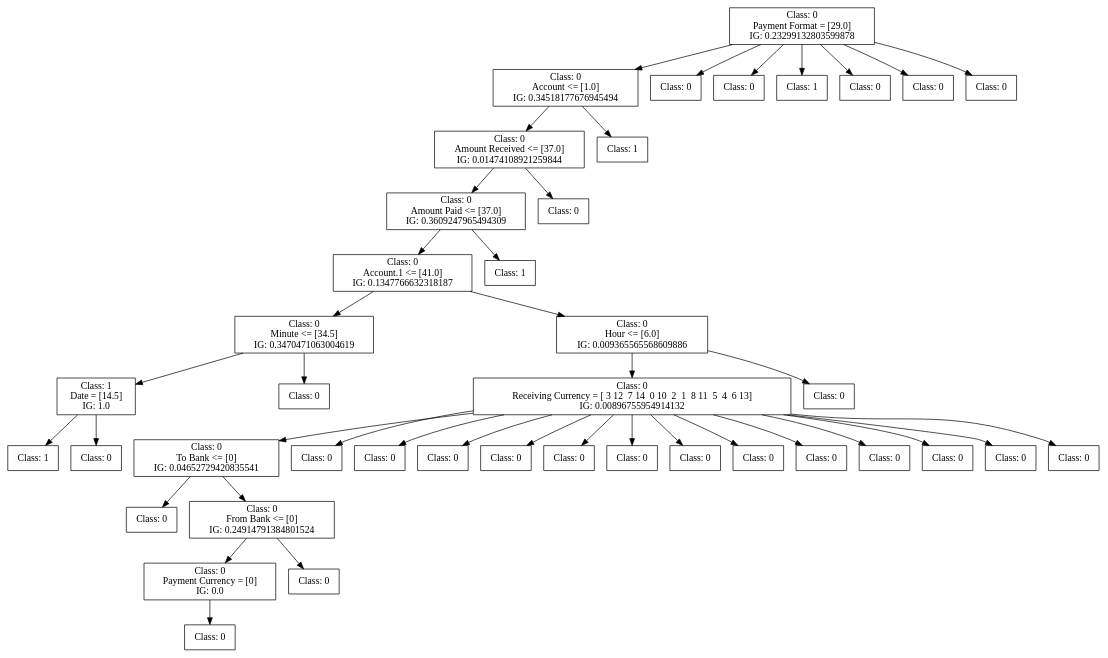
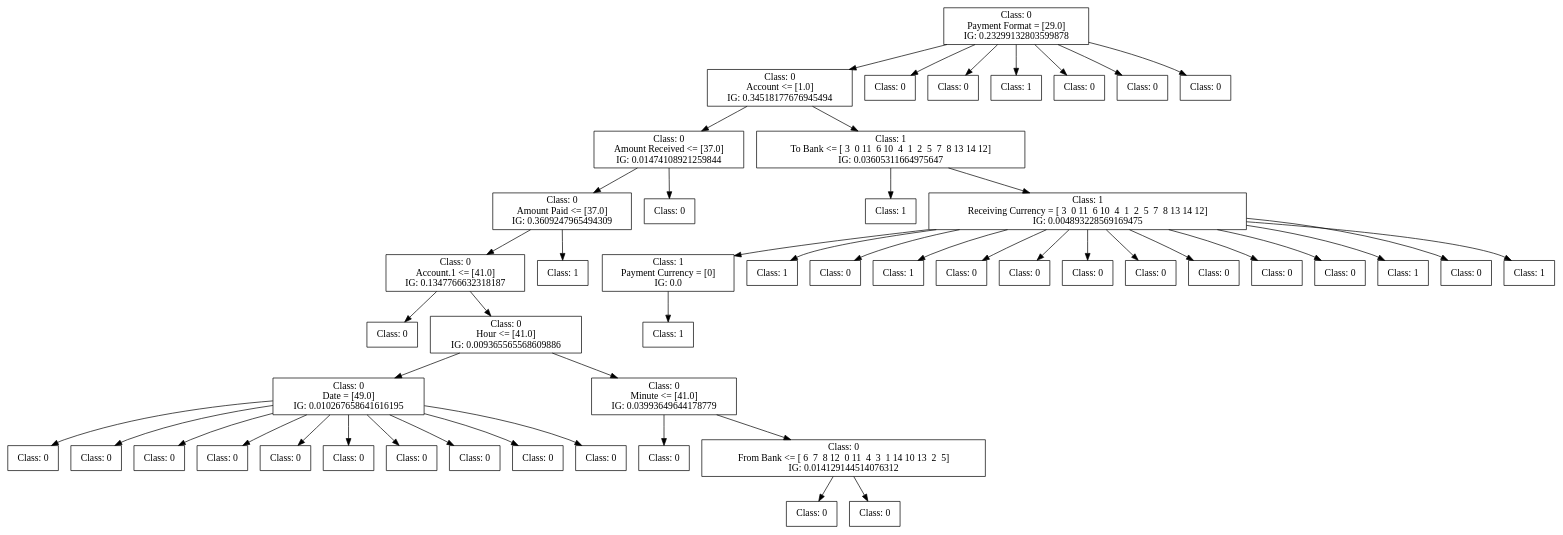
Before and after one commit to FedericoBruzzone/anti-money-laundering: the diagram in dot_figs/tree-c45-undersampling.dot, drawn with Graphviz. The commit also changed 22 other files, not shown here.

```diff
--- a/dot_figs/tree-c45-undersampling.dot
+++ b/dot_figs/tree-c45-undersampling.dot
@@ -1,138 +1,162 @@
 digraph DecisionTree {
 	rankdir=TD;
 	node [shape=box];
-	2604055688624 [label="Class: 0
+	2486631777232 [label="Class: 0
 Payment Format = [29.0]
 IG: 0.23299132803599878"];
-	2604055723552 [label="Class: 0
+	2486631790816 [label="Class: 0
 Account <= [1.0]
 IG: 0.34518177676945494"];
-	2604055688624 -> 2604055723552;
-	2604055723840 [label="Class: 0
+	2486631777232 -> 2486631790816;
+	2486631779632 [label="Class: 0
 Amount Received <= [37.0]
 IG: 0.01474108921259844"];
-	2604055723552 -> 2604055723840;
-	2604055719952 [label="Class: 0
+	2486631790816 -> 2486631779632;
+	2486631785872 [label="Class: 0
 Amount Paid <= [37.0]
 IG: 0.3609247965494309"];
-	2604055723840 -> 2604055719952;
-	2604055717072 [label="Class: 0
+	2486631779632 -> 2486631785872;
+	2486631785104 [label="Class: 0
 Account.1 <= [41.0]
 IG: 0.1347766632318187"];
-	2604055719952 -> 2604055717072;
-	2604055722400 [label="Class: 0
-Minute <= [34.5]
-IG: 0.3470471063004619"];
-	2604055717072 -> 2604055722400;
-	2604055719136 [label="Class: 1
-Date = [14.5]
-IG: 1.0"];
-	2604055722400 -> 2604055719136;
-	2604055721104 [label="Class: 1
+	2486631785872 -> 2486631785104;
+	2486631784528 [label="Class: 0
 "];
-	2604055719136 -> 2604055721104;
-	2604055723264 [label="Class: 0
+	2486631785104 -> 2486631784528;
+	2486631778240 [label="Class: 0
+Hour <= [41.0]
+IG: 0.009365565568609886"];
+	2486631785104 -> 2486631778240;
+	2486946218288 [label="Class: 0
+Date = [49.0]
+IG: 0.010267658641616195"];
+	2486631778240 -> 2486946218288;
+	2486631791248 [label="Class: 0
 "];
-	2604055719136 -> 2604055723264;
-	2604055718608 [label="Class: 0
+	2486946218288 -> 2486631791248;
+	2486631782464 [label="Class: 0
 "];
-	2604055722400 -> 2604055718608;
-	2604055722016 [label="Class: 0
-Hour <= [6.0]
-IG: 0.009365565568609886"];
-	2604055717072 -> 2604055722016;
-	2604055722544 [label="Class: 0
-Receiving Currency = [ 3 12  7 14  0 10  2  1  8 11  5  4  6 13]
-IG: 0.00896755954914132"];
-	2604055722016 -> 2604055722544;
-	2604055718032 [label="Class: 0
-To Bank <= [0]
-IG: 0.04652729420835541"];
-	2604055722544 -> 2604055718032;
-	2604055716832 [label="Class: 0
+	2486946218288 -> 2486631782464;
+	2486946220448 [label="Class: 0
 "];
-	2604055718032 -> 2604055716832;
-	2604003772304 [label="Class: 0
-From Bank <= [0]
-IG: 0.24914791384801524"];
-	2604055718032 -> 2604003772304;
-	2604003772592 [label="Class: 0
+	2486946218288 -> 2486946220448;
+	2486946219440 [label="Class: 0
+"];
+	2486946218288 -> 2486946219440;
+	2486946219680 [label="Class: 0
+"];
+	2486946218288 -> 2486946219680;
+	2486946219200 [label="Class: 0
+"];
+	2486946218288 -> 2486946219200;
+	2486946219920 [label="Class: 0
+"];
+	2486946218288 -> 2486946219920;
+	2486946218912 [label="Class: 0
+"];
+	2486946218288 -> 2486946218912;
+	2486946219008 [label="Class: 0
+"];
+	2486946218288 -> 2486946219008;
+	2486946218768 [label="Class: 0
+"];
+	2486946218288 -> 2486946218768;
+	2486946220304 [label="Class: 0
+Minute <= [41.0]
+IG: 0.03993649644178779"];
+	2486631778240 -> 2486946220304;
+	2486946218384 [label="Class: 0
+"];
+	2486946220304 -> 2486946218384;
+	2486946220976 [label="Class: 0
+From Bank <= [ 6  7  8 12  0 11  4  3  1 14 10 13  2  5]
+IG: 0.014129144514076312"];
+	2486946220304 -> 2486946220976;
+	2486946220688 [label="Class: 0
+"];
+	2486946220976 -> 2486946220688;
+	2486946221168 [label="Class: 0
+"];
+	2486946220976 -> 2486946221168;
+	2486631792016 [label="Class: 1
+"];
+	2486631785872 -> 2486631792016;
+	2486631784480 [label="Class: 0
+"];
+	2486631779632 -> 2486631784480;
+	2486631791296 [label="Class: 1
+To Bank <= [ 3  0 11  6 10  4  1  2  5  7  8 13 14 12]
+IG: 0.03605311664975647"];
+	2486631790816 -> 2486631791296;
+	2486946220064 [label="Class: 1
+"];
+	2486631791296 -> 2486946220064;
+	2486946221360 [label="Class: 1
+Receiving Currency = [ 3  0 11  6 10  4  1  2  5  7  8 13 14 12]
+IG: 0.004893228569169475"];
+	2486631791296 -> 2486946221360;
+	2486946220880 [label="Class: 1
 Payment Currency = [0]
 IG: 0.0"];
-	2604003772304 -> 2604003772592;
-	2604003770960 [label="Class: 0
+	2486946221360 -> 2486946220880;
+	2486946221840 [label="Class: 1
 "];
-	2604003772592 -> 2604003770960;
-	2604003773024 [label="Class: 0
+	2486946220880 -> 2486946221840;
+	2486946219536 [label="Class: 1
 "];
-	2604003772304 -> 2604003773024;
-	2604055716688 [label="Class: 0
+	2486946221360 -> 2486946219536;
+	2486946219728 [label="Class: 0
 "];
-	2604055722544 -> 2604055716688;
-	2604055720144 [label="Class: 0
+	2486946221360 -> 2486946219728;
+	2486946220784 [label="Class: 1
 "];
-	2604055722544 -> 2604055720144;
-	2604055721440 [label="Class: 0
+	2486946221360 -> 2486946220784;
+	2486946219872 [label="Class: 0
 "];
-	2604055722544 -> 2604055721440;
-	2604055718320 [label="Class: 0
+	2486946221360 -> 2486946219872;
+	2486946218624 [label="Class: 0
 "];
-	2604055722544 -> 2604055718320;
-	2604055718944 [label="Class: 0
+	2486946221360 -> 2486946218624;
+	2486946219488 [label="Class: 0
 "];
-	2604055722544 -> 2604055718944;
-	2604055722640 [label="Class: 0
+	2486946221360 -> 2486946219488;
+	2486946218432 [label="Class: 0
 "];
-	2604055722544 -> 2604055722640;
-	2604055717744 [label="Class: 0
+	2486946221360 -> 2486946218432;
+	2486946218864 [label="Class: 0
 "];
-	2604055722544 -> 2604055717744;
-	2604003771008 [label="Class: 0
+	2486946221360 -> 2486946218864;
+	2486946219296 [label="Class: 0
 "];
-	2604055722544 -> 2604003771008;
-	2604003771344 [label="Class: 0
+	2486946221360 -> 2486946219296;
+	2486946218672 [label="Class: 0
 "];
-	2604055722544 -> 2604003771344;
-	2604003771584 [label="Class: 0
+	2486946221360 -> 2486946218672;
+	2486946218960 [label="Class: 1
 "];
-	2604055722544 -> 2604003771584;
-	2604003770864 [label="Class: 0
+	2486946221360 -> 2486946218960;
+	2486946219344 [label="Class: 0
 "];
-	2604055722544 -> 2604003770864;
-	2604003771872 [label="Class: 0
+	2486946221360 -> 2486946219344;
+	2486946220016 [label="Class: 1
 "];
-	2604055722544 -> 2604003771872;
-	2604003771104 [label="Class: 0
+	2486946221360 -> 2486946220016;
+	2486631790720 [label="Class: 0
 "];
-	2604055722544 -> 2604003771104;
-	2604055719760 [label="Class: 0
+	2486631777232 -> 2486631790720;
+	2486631786064 [label="Class: 0
 "];
-	2604055722016 -> 2604055719760;
-	2604055720864 [label="Class: 1
+	2486631777232 -> 2486631786064;
+	2486631791632 [label="Class: 1
 "];
-	2604055719952 -> 2604055720864;
-	2604055717552 [label="Class: 0
+	2486631777232 -> 2486631791632;
+	2486631783088 [label="Class: 0
 "];
-	2604055723840 -> 2604055717552;
-	2604055723984 [label="Class: 1
+	2486631777232 -> 2486631783088;
+	2486631790384 [label="Class: 0
 "];
-	2604055723552 -> 2604055723984;
-	2604055723888 [label="Class: 0
+	2486631777232 -> 2486631790384;
+	2486631788128 [label="Class: 0
 "];
-	2604055688624 -> 2604055723888;
-	2604055717600 [label="Class: 0
-"];
-	2604055688624 -> 2604055717600;
-	2604055718656 [label="Class: 1
-"];
-	2604055688624 -> 2604055718656;
-	2604055723120 [label="Class: 0
-"];
-	2604055688624 -> 2604055723120;
-	2604055722352 [label="Class: 0
-"];
-	2604055688624 -> 2604055722352;
-	2604055722304 [label="Class: 0
-"];
-	2604055688624 -> 2604055722304;
+	2486631777232 -> 2486631788128;
 }
```
